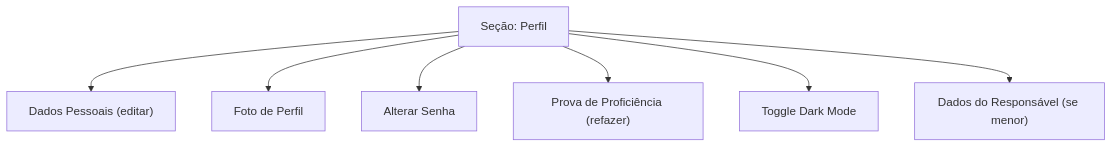
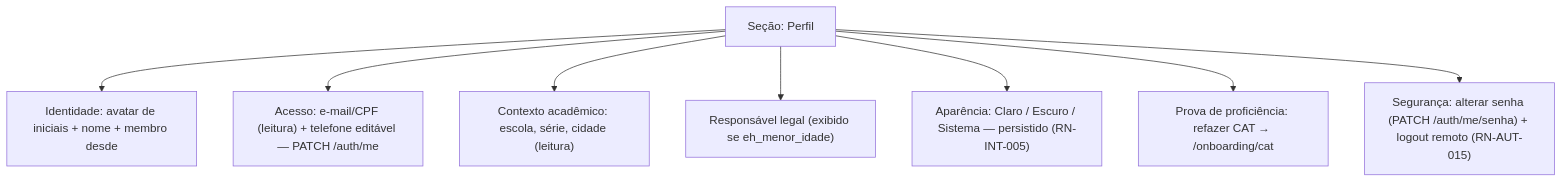
Before and after one commit to SiadeLucas/Tutor-Inteligente: the sixth of 6 diagrams in docs-site/docs/modules/interface/flow/telas-aluno.md, drawn with Mermaid. The commit also changed other lines of this file and 70 other files, not shown here.

````diff
--- a/docs-site/docs/modules/interface/flow/telas-aluno.md
+++ b/docs-site/docs/modules/interface/flow/telas-aluno.md
@@ -123,9 +146,10 @@
 ```mermaid
 flowchart TD
-    A["Seção: Perfil"] --> B["Dados Pessoais (editar)"]
-    A --> C["Foto de Perfil"]
-    A --> D["Alterar Senha"]
-    A --> E["Prova de Proficiência (refazer)"]
-    A --> F["Toggle Dark Mode"]
-    A --> G["Dados do Responsável (se menor)"]
+    A["Seção: Perfil"] --> B["Identidade: avatar de iniciais + nome + membro desde"]
+    A --> C["Acesso: e-mail/CPF (leitura) + telefone editável — PATCH /auth/me"]
+    A --> D["Contexto acadêmico: escola, série, cidade (leitura)"]
+    A --> G["Responsável legal (exibido se eh_menor_idade)"]
+    A --> E["Aparência: Claro / Escuro / Sistema — persistido (RN-INT-005)"]
+    A --> H["Prova de proficiência: refazer CAT → /onboarding/cat"]
+    A --> F["Segurança: alterar senha (PATCH /auth/me/senha) + logout remoto (RN-AUT-015)"]
 ```
````
